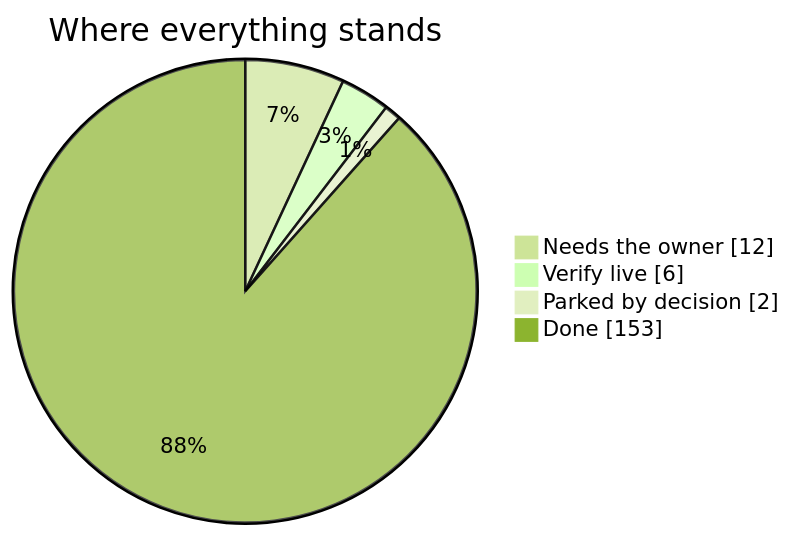
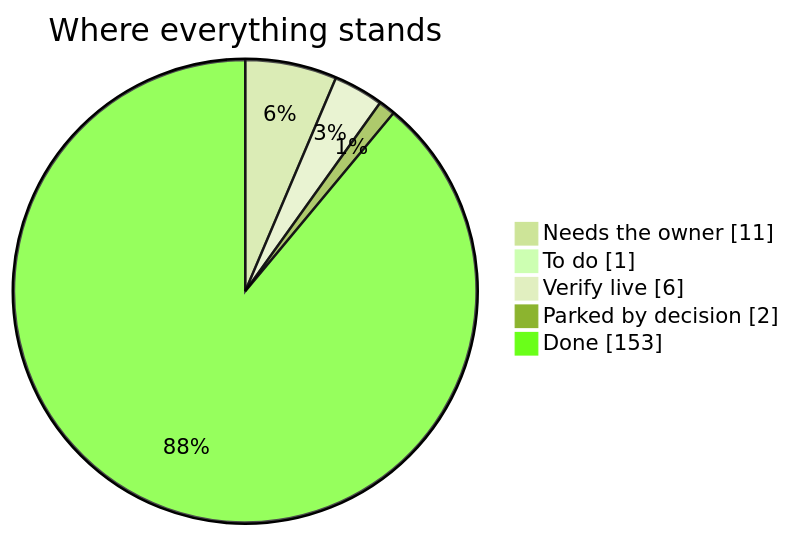
Before and after one commit to divitkej/gradlink: the diagram in launch-board/README.md, drawn with Mermaid (forest theme). The commit also changed other lines of this file and 4 other files, not shown here.

````diff
--- a/launch-board/README.md
+++ b/launch-board/README.md
@@ -11,8 +11,9 @@
 ```mermaid
 pie showData
   title Where everything stands
-  "Needs the owner" : 12
+  "Needs the owner" : 11
+  "To do" : 1
   "Verify live" : 6
   "Parked by decision" : 2
   "Done" : 153
 ```
````
